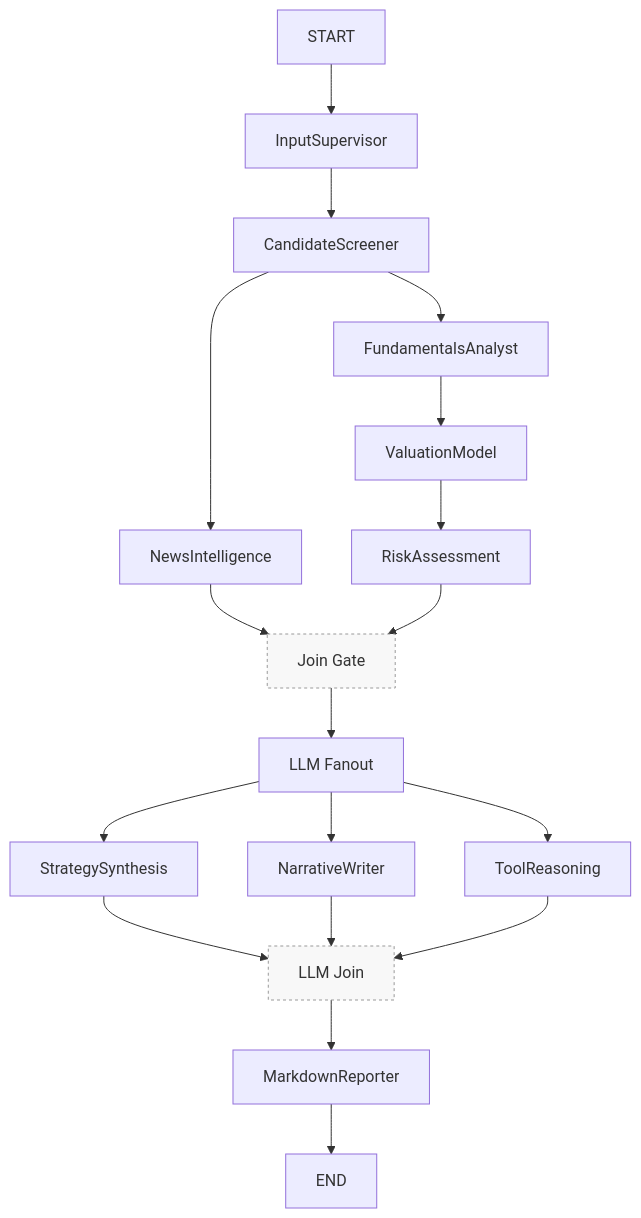
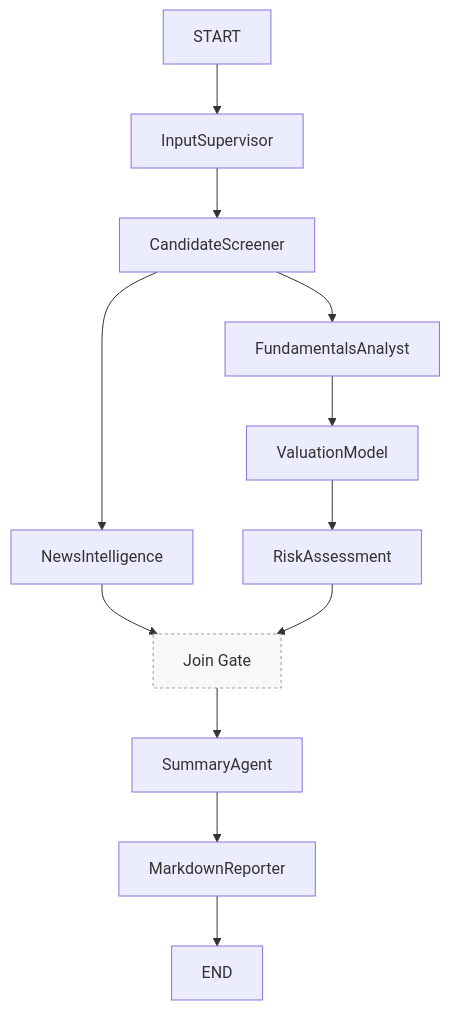
The diagram in README.md (lydd168/invest_agent), drawn with Mermaid before and after one commit. The commit also changed other lines of this file and 8 other files, not shown here.

Commit message:
chore: remove legacy LLM agents (strategy_synthesis, narrative_writer, tool_reasoning) replaced by SummaryAgent

````diff
--- a/README.md
+++ b/README.md
@@ -81,25 +69,18 @@
 ```mermaid
 flowchart TD
     A[START] --> B[InputSupervisor]
     B --> C[CandidateScreener]
     C --> D[FundamentalsAnalyst]
     C --> E[NewsIntelligence]
     D --> F[ValuationModel]
     F --> G[RiskAssessment]
     E --> H[Join Gate]
     G --> H
-    H --> N[LLM Fanout]
-    N --> I[StrategySynthesis]
-    N --> J[NarrativeWriter]
-    N --> K[ToolReasoning]
-    I --> O[LLM Join]
-    J --> O[LLM Join]
-    K --> O[LLM Join]
-    O --> L[MarkdownReporter]
+    H --> I[SummaryAgent]
+    I --> L[MarkdownReporter]
     L --> M[END]
 
     %% Notes
     classDef join fill:#f8f8f8,stroke:#999,stroke-dasharray: 3 3
     class H join
-    class O join
 ```
````
